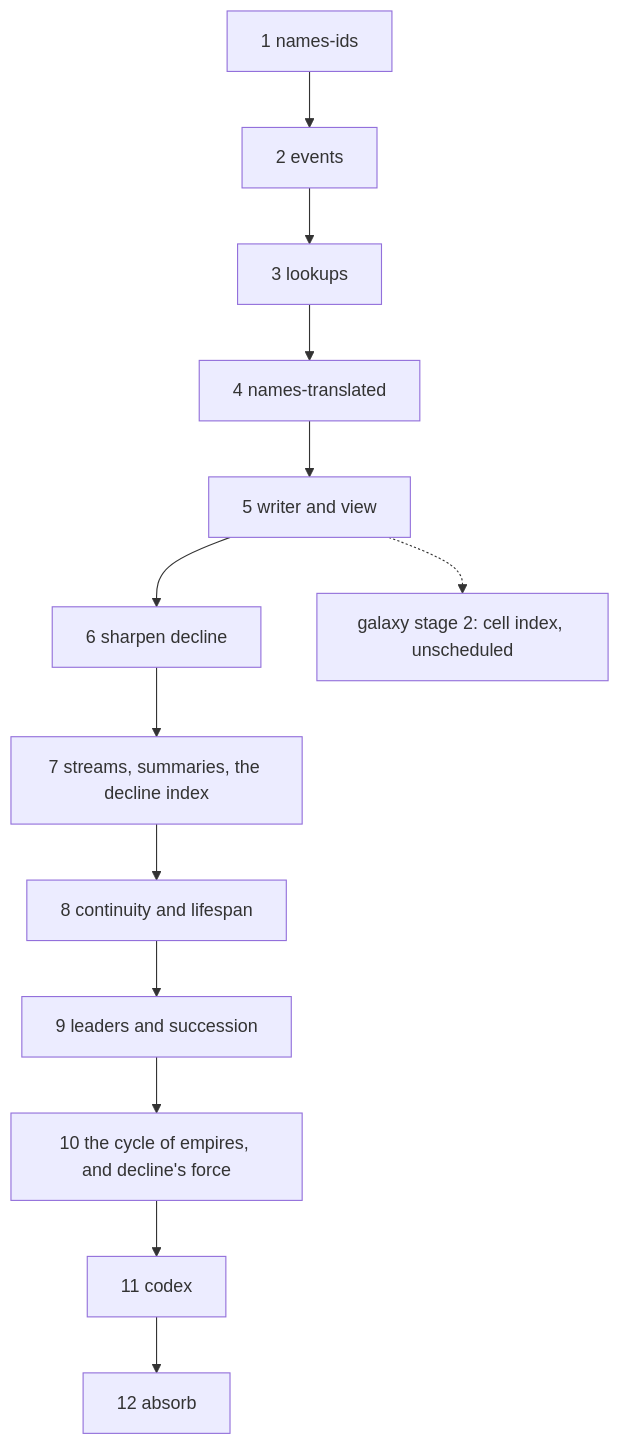
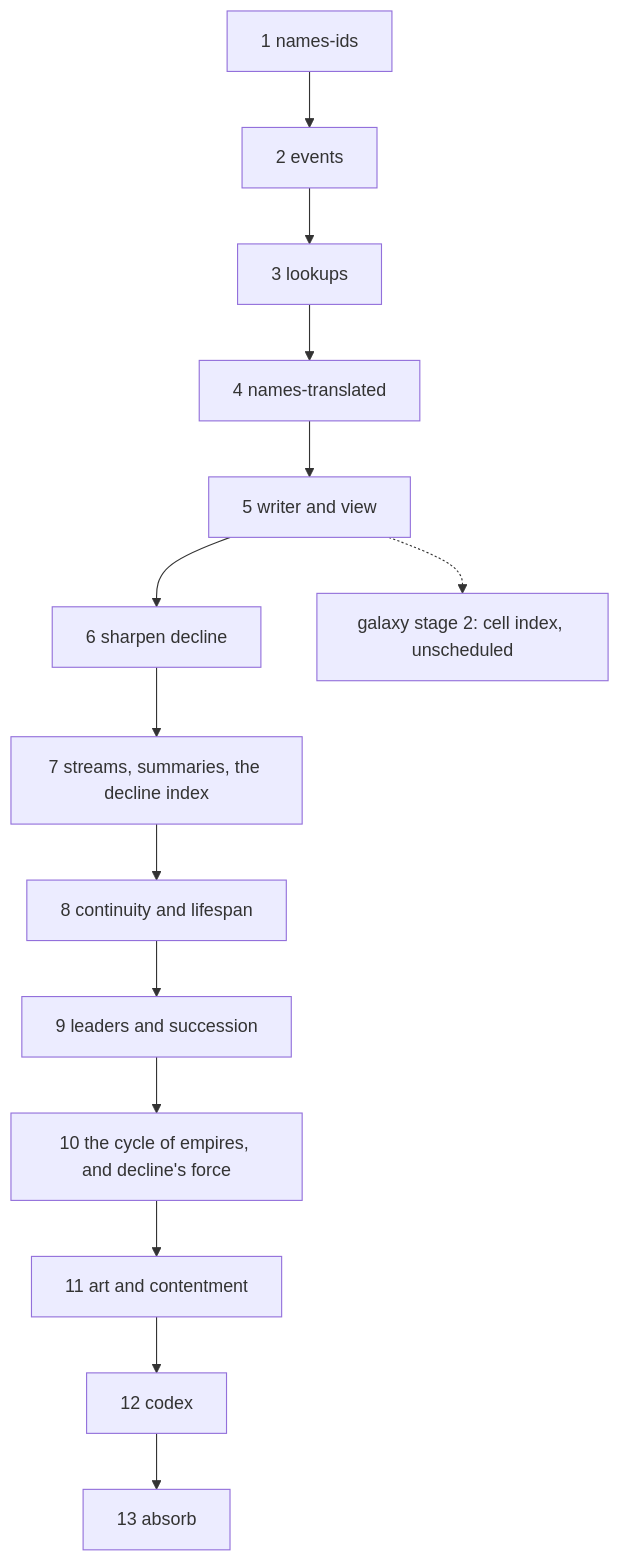
The diagram in specs/plan.md (aulme/older-than-their-sun), drawn with Mermaid before and after one commit. The commit also changed other lines of this file and 1 other file, not shown here.

First line of the commit message:
Art and contentment as step 11, and Morale promoted rather than doubled

````diff
--- a/specs/plan.md
+++ b/specs/plan.md
@@ -10,15 +10,16 @@
 ```mermaid
 flowchart TD
   N1[1 names-ids] --> S1[2 events]
   S1 --> S2[3 lookups]
   S2 --> N2[4 names-translated]
   N2 --> S3[5 writer and view]
   S3 --> D0[6 sharpen decline]
   D0 --> D1[7 streams, summaries, the decline index]
   D1 --> C[8 continuity and lifespan]
   C --> L[9 leaders and succession]
   L --> E[10 the cycle of empires, and decline's force]
-  E --> S4[11 codex]
-  S4 --> A[12 absorb]
+  E --> R[11 art and contentment]
+  R --> S4[12 codex]
+  S4 --> A[13 absorb]
   S3 -.-> G2[galaxy stage 2: cell index, unscheduled]
 ```
````
